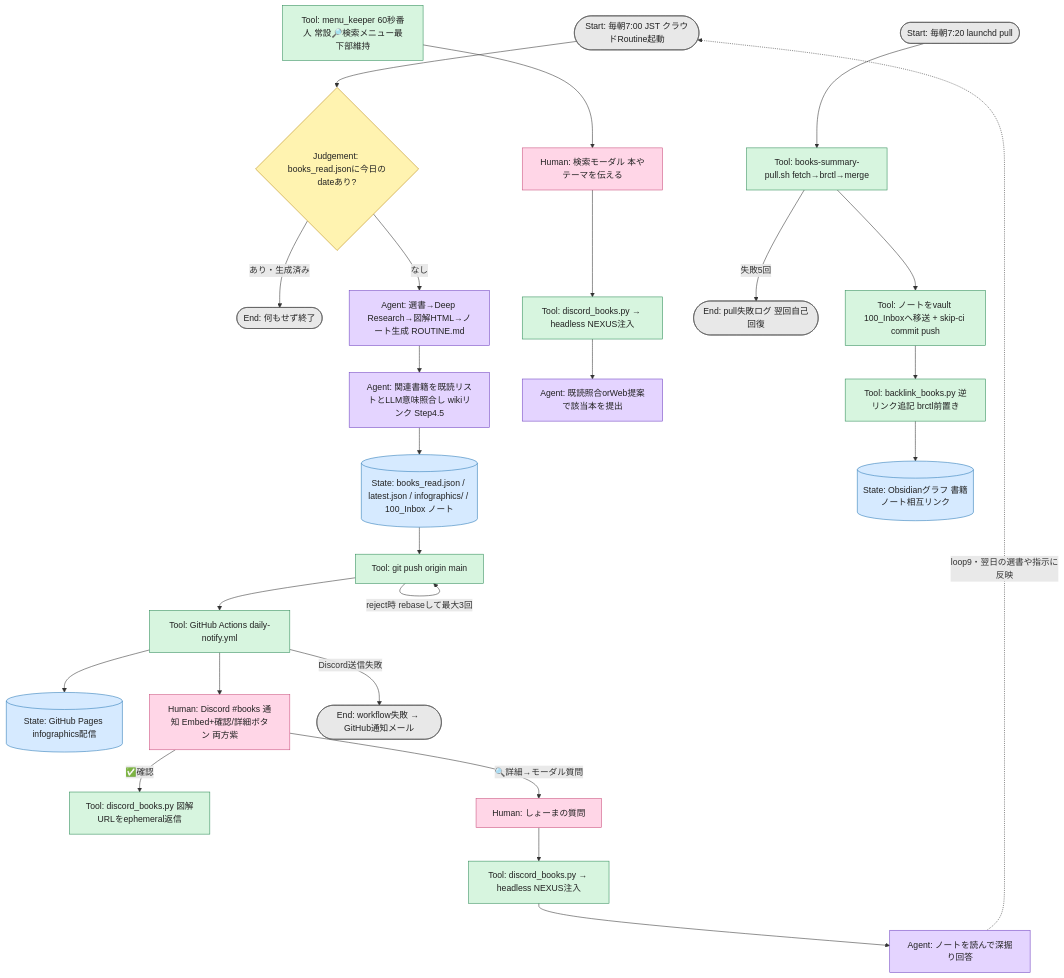
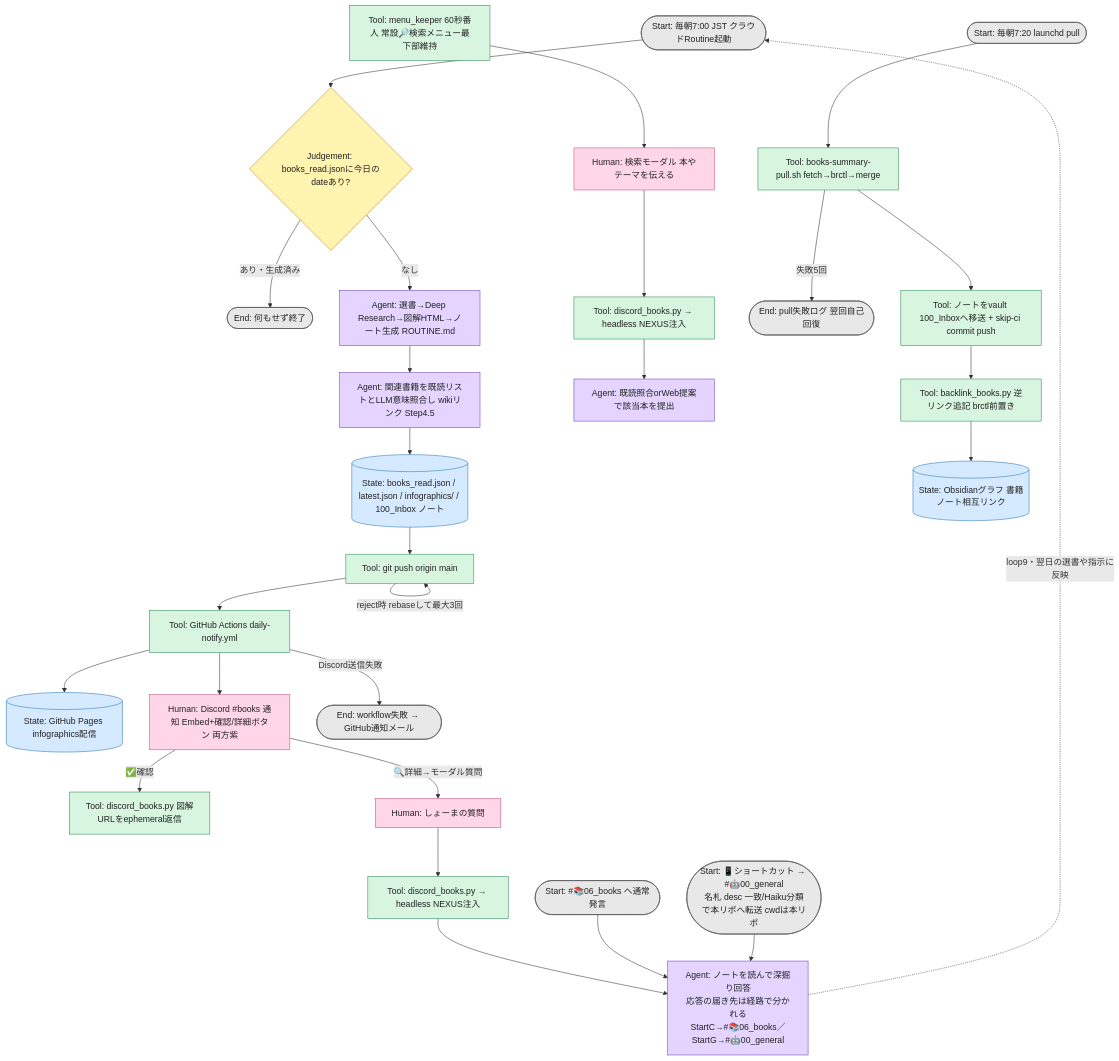
One commit to oshomadesse/books-summary changed the diagram in README.md. Above: the diagram before and after it, drawn with Mermaid. The commit also changed 2 other files, not shown here.

Commit message:
docs: Start に 📱 general 経由を追記（自チャンネル対話との2経路を並立で明記）
## 目的
📱ショートカット → #🤖00_general → デーモン転送で本リポの headless NEXUS を叩く経路が
稼働しているのに、依存グラフ・設計記録のどこにも無かった。グラフが実態とズレると
Human の Validation 層が機能しなくなるため、2経路を並立で明記する。

## 計画者
Opus 5（claude-opus-5。Fable 週次リミット時の NEXUS 代替）

## 担当モデル
ドキュメント整合の調査＋編集で実装ではないため NEXUS が直接実施。
モデルグラフ『実装か?』= No → NEXUS。

## 手順
1. README 依存グラフ: StartG を既存の DA（深掘り回答 Agent）へ接続。転送用ノードは
   別立てにしない（同じ Agent の別トランスポートであり 3. Node を増やさないため）
2. 設計記録には記載があるのにグラフに無かった「通常発言」の Start（StartC）も併せて追加
3. DA のラベルに応答の届き先（StartC→#📚06_books／StartG→#🤖00_general）を明記
4. docs/設計記録.md（1. Start に1行、9. Human に届き先の例外）・docs/更新記録.md に反映

## 検証方法
- 毎朝の通知・✅確認・🔍詳細の End は経路によらず #📚06_books のままであることを確認し、
  分岐するのは headless NEXUS の応答テキストだけに限定して記述した
- CLAUDE.md に Start定義 節が無いことを確認（当リポは README と設計記録が Start の正本）

````diff
--- a/README.md
+++ b/README.md
@@ -63,36 +63,38 @@
 ```mermaid
 flowchart TD
     %% この図はHumanがグラフを監視する唯一の場所。Node・Edge・Loop・State変更時は同じpushで必ず更新する（.claude/rules/docs-sync.md）。
     Start([Start: 毎朝7:00 JST クラウドRoutine起動]):::startend --> G{Judgement: books_read.jsonに今日のdateあり?}:::judgement
     G -->|あり・生成済み| EndSkip([End: 何もせず終了]):::startend
     G -->|なし| A[Agent: 選書→Deep Research→図解HTML→ノート生成 ROUTINE.md]:::agent
     A --> L[Agent: 関連書籍を既読リストとLLM意味照合し wikiリンク Step4.5]:::agent
     L --> SR[(State: books_read.json / latest.json / infographics/ / 100_Inbox ノート)]:::state
     SR --> P[Tool: git push origin main]:::tool
     P -->|reject時 rebaseして最大3回| P
     P --> W[Tool: GitHub Actions daily-notify.yml]:::tool
     W --> PG[(State: GitHub Pages infographics配信)]:::state
     W --> DN[Human: Discord #books 通知 Embed+確認/詳細ボタン 両方紫]:::human
     DN -->|✅確認| CF[Tool: discord_books.py 図解URLをephemeral返信]:::tool
     MK[Tool: menu_keeper 60秒番人 常設🔎検索メニュー最下部維持]:::tool --> SM[Human: 検索モーダル 本やテーマを伝える]:::human
     SM --> DB2[Tool: discord_books.py → headless NEXUS注入]:::tool
     DB2 --> SA[Agent: 既読照合orWeb提案で該当本を提出]:::agent
     W -->|Discord送信失敗| ErrW([End: workflow失敗 → GitHub通知メール]):::startend
     Start2([Start: 毎朝7:20 launchd pull]):::startend --> PU[Tool: books-summary-pull.sh fetch→brctl→merge]:::tool
     PU -->|失敗5回| ErrP([End: pull失敗ログ 翌回自己回復]):::startend
     PU --> MV[Tool: ノートをvault 100_Inboxへ移送 + skip-ci commit push]:::tool
     MV --> BL[Tool: backlink_books.py 逆リンク追記 brctl前置き]:::tool
     BL --> OB[(State: Obsidianグラフ 書籍ノート相互リンク)]:::state
     DN -->|🔍詳細→モーダル質問| HD[Human: しょーまの質問]:::human
     HD --> DB[Tool: discord_books.py → headless NEXUS注入]:::tool
-    DB --> DA[Agent: ノートを読んで深掘り回答]:::agent
+    DB --> DA[Agent: ノートを読んで深掘り回答<br>応答の届き先は経路で分かれる<br>StartC→#📚06_books／StartG→#🤖00_general]:::agent
+    StartC([Start: #📚06_books へ通常発言]):::startend --> DA
+    StartG([Start: 📱ショートカット → #🤖00_general<br>名札 desc 一致/Haiku分類で本リポへ転送 cwdは本リポ]):::startend --> DA
     DA -.->|loop9・翌日の選書や指示に反映| Start
 
     classDef agent fill:#e4d4ff,stroke:#6f42c1,color:#222
     classDef tool fill:#d7f5df,stroke:#2e8b57,color:#222
     classDef human fill:#ffd6e7,stroke:#c94f7c,color:#222
     classDef evaluator fill:#ffe0b2,stroke:#d97706,color:#222
     classDef state fill:#d6eaff,stroke:#2878b5,color:#222
     classDef judgement fill:#fff3b0,stroke:#b8860b,color:#222
     classDef startend fill:#e8e8e8,stroke:#555,color:#222
 ```
````
